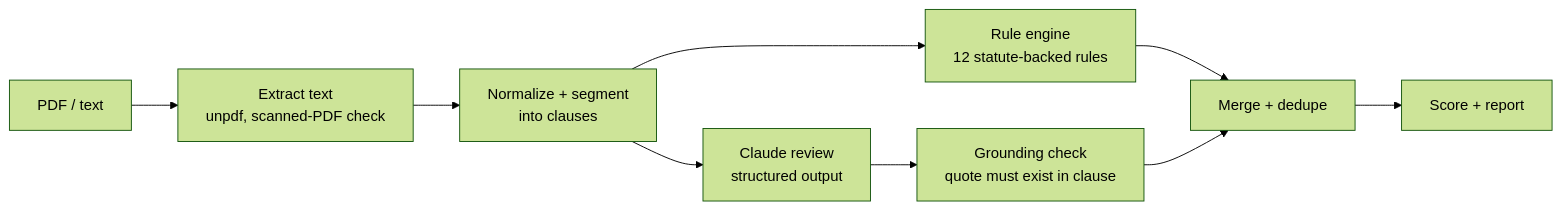
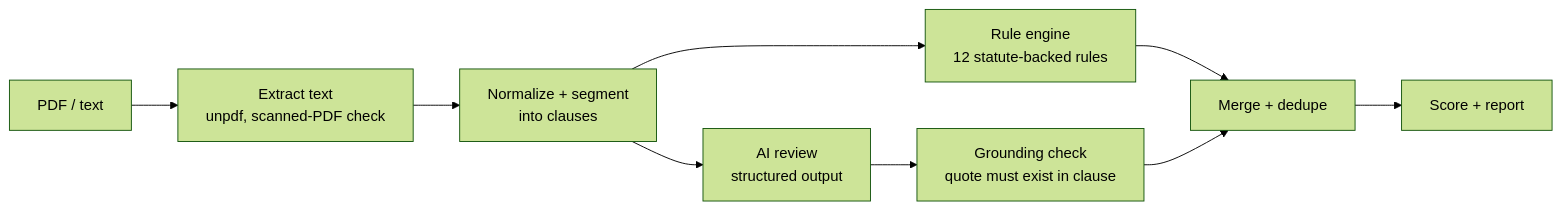
The diagram in README.md (yashchhabra57/clausecheck), drawn with Mermaid (forest theme) before and after one commit. The commit also changed other lines of this file and 6 other files, not shown here.

````diff
--- a/README.md
+++ b/README.md
@@ -15,11 +15,11 @@
 ```mermaid
 flowchart LR
   A[PDF / text] --> B[Extract text<br/>unpdf, scanned-PDF check]
   B --> C[Normalize + segment<br/>into clauses]
   C --> D[Rule engine<br/>12 statute-backed rules]
-  C --> E[Claude review<br/>structured output]
+  C --> E[AI review<br/>structured output]
   E --> F[Grounding check<br/>quote must exist in clause]
   D --> G[Merge + dedupe]
   F --> G
   G --> H[Score + report]
 ```
````
